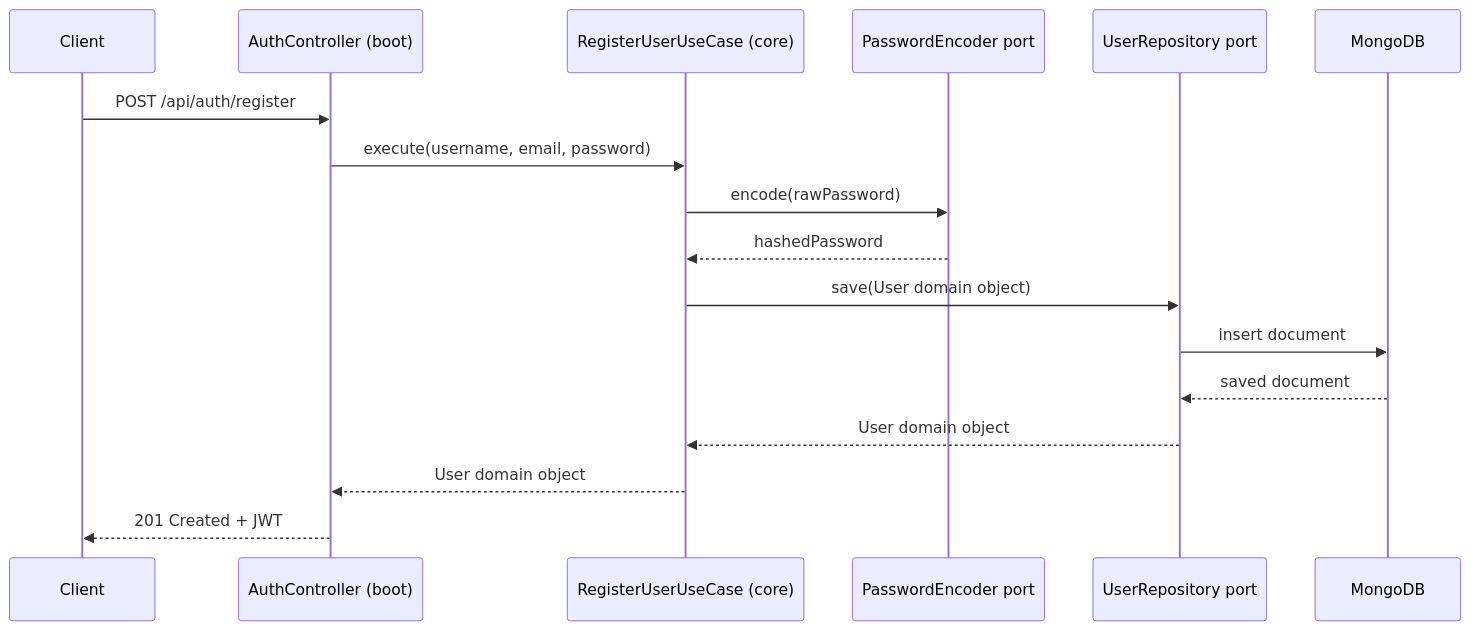
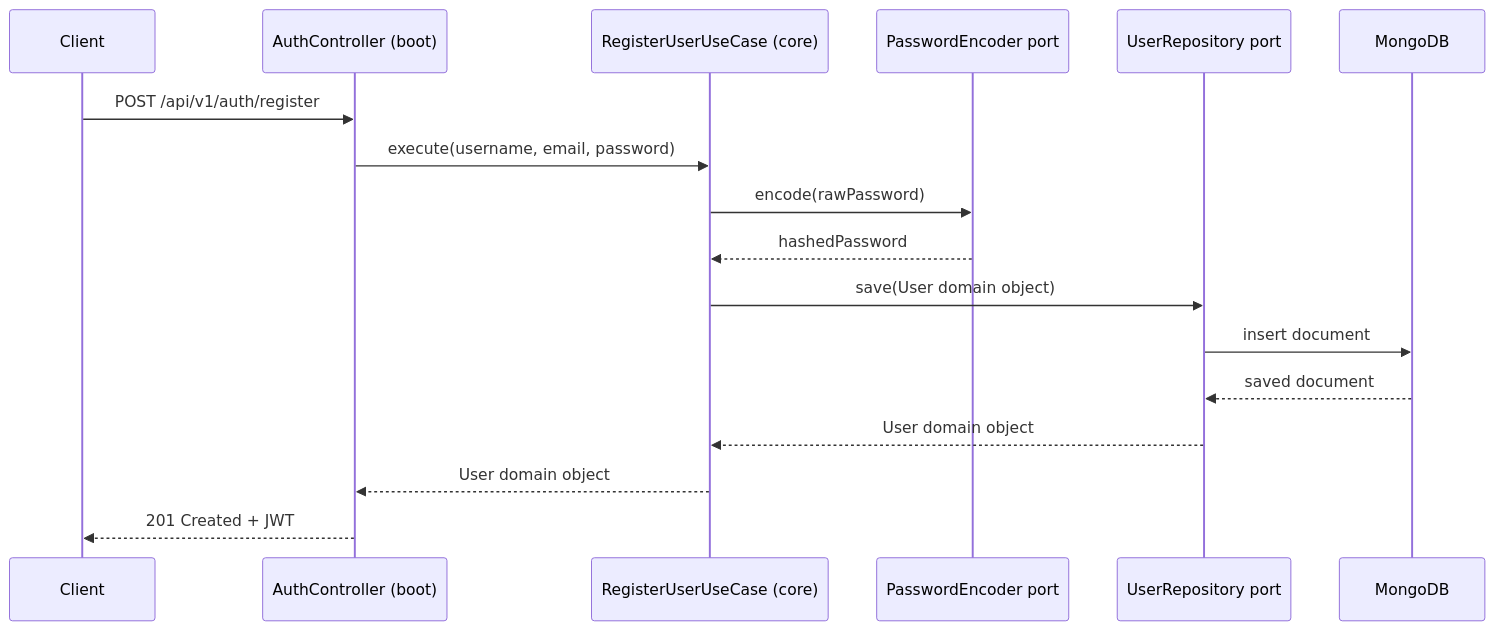
The diagram in done/ARCHITECTURE.md (044720182/neurixa), drawn with Mermaid before and after one commit. The commit also changed other lines of this file and 20 other files, not shown here.

````diff
--- a/done/ARCHITECTURE.md
+++ b/done/ARCHITECTURE.md
@@ -149,20 +149,20 @@
 ```mermaid
 sequenceDiagram
     participant Client
     participant Controller as AuthController (boot)
     participant UseCase as RegisterUserUseCase (core)
     participant Encoder as PasswordEncoder port
     participant Repo as UserRepository port
     participant DB as MongoDB
 
-    Client->>Controller: POST /api/auth/register
+    Client->>Controller: POST /api/v1/auth/register
     Controller->>UseCase: execute(username, email, password)
     UseCase->>Encoder: encode(rawPassword)
     Encoder-->>UseCase: hashedPassword
     UseCase->>Repo: save(User domain object)
     Repo->>DB: insert document
     DB-->>Repo: saved document
     Repo-->>UseCase: User domain object
     UseCase-->>Controller: User domain object
     Controller-->>Client: 201 Created + JWT
 ```
````
